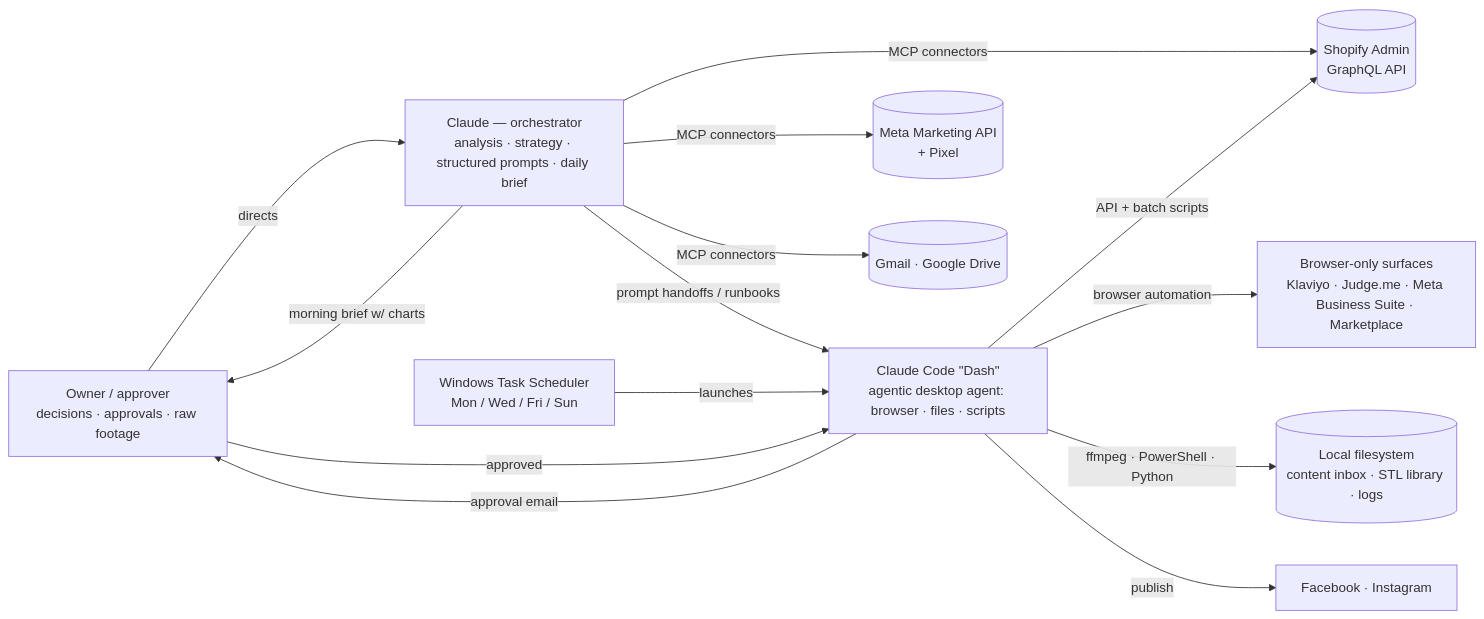
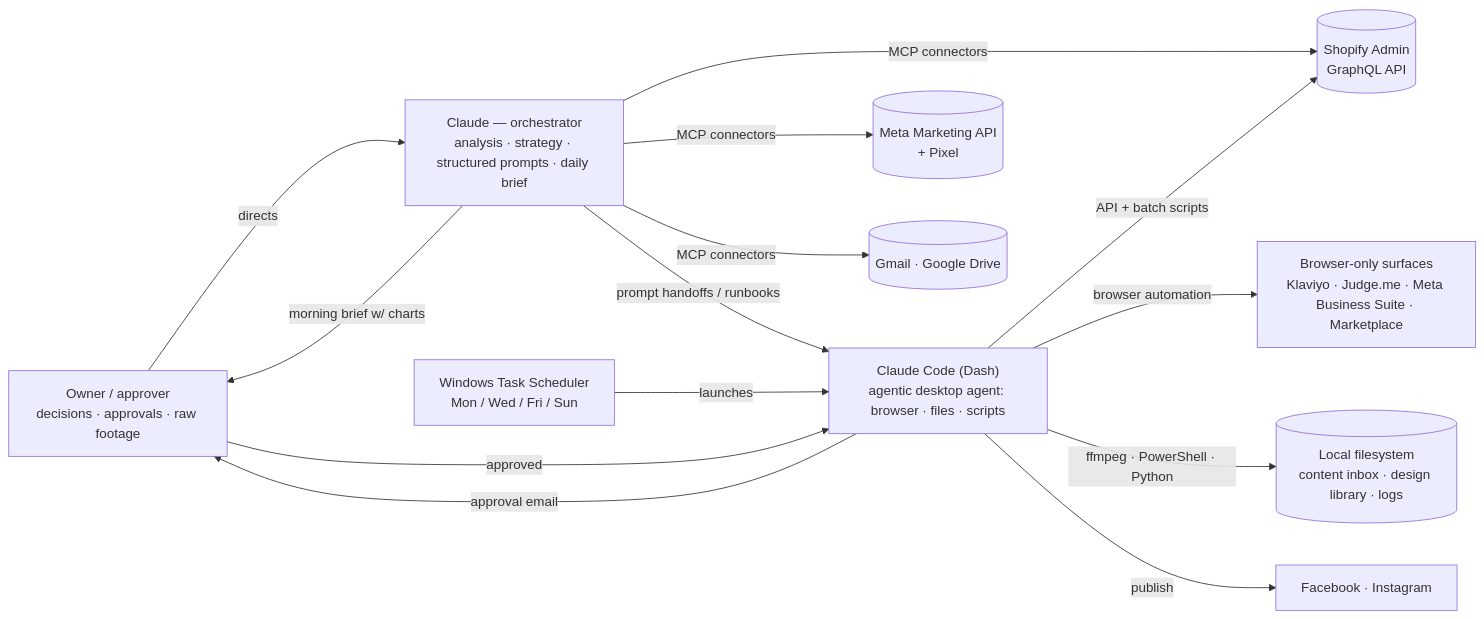
The diagram in README.md (jm-blendforge/ai-operations-stack), drawn with Mermaid before and after one commit.

````diff
--- a/README.md
+++ b/README.md
@@ -16,27 +16,27 @@
 ```mermaid
 flowchart LR
-  J[Owner / approver<br/>decisions · approvals · raw footage]
-  C[Claude — orchestrator<br/>analysis · strategy · structured prompts · daily brief]
-  D[Claude Code &quot;Dash&quot;<br/>agentic desktop agent: browser · files · scripts]
-  S[(Shopify Admin<br/>GraphQL API)]
-  M[(Meta Marketing API<br/>+ Pixel)]
-  G[(Gmail · Google Drive)]
-  B[Browser-only surfaces<br/>Klaviyo · Judge.me · Meta Business Suite · Marketplace]
-  F[(Local filesystem<br/>content inbox · STL library · logs)]
-  T[Windows Task Scheduler<br/>Mon / Wed / Fri / Sun]
-  P[Facebook · Instagram]
+  J["Owner / approver<br/>decisions · approvals · raw footage"]
+  C["Claude — orchestrator<br/>analysis · strategy · structured prompts · daily brief"]
+  D["Claude Code (Dash)<br/>agentic desktop agent: browser · files · scripts"]
+  S[("Shopify Admin<br/>GraphQL API")]
+  M[("Meta Marketing API<br/>+ Pixel")]
+  G[("Gmail · Google Drive")]
+  B["Browser-only surfaces<br/>Klaviyo · Judge.me · Meta Business Suite · Marketplace"]
+  F[("Local filesystem<br/>content inbox · design library · logs")]
+  T["Windows Task Scheduler<br/>Mon / Wed / Fri / Sun"]
+  P["Facebook · Instagram"]
 
   J -->|directs| C
   C -->|MCP connectors| S
   C -->|MCP connectors| M
   C -->|MCP connectors| G
   C -->|prompt handoffs / runbooks| D
   D -->|API + batch scripts| S
   D -->|browser automation| B
   D -->|ffmpeg · PowerShell · Python| F
   T -->|launches| D
   D -->|approval email| J
-  J -->|"approved"| D
+  J -->|approved| D
   D -->|publish| P
   C -->|morning brief w/ charts| J
 ```
````
